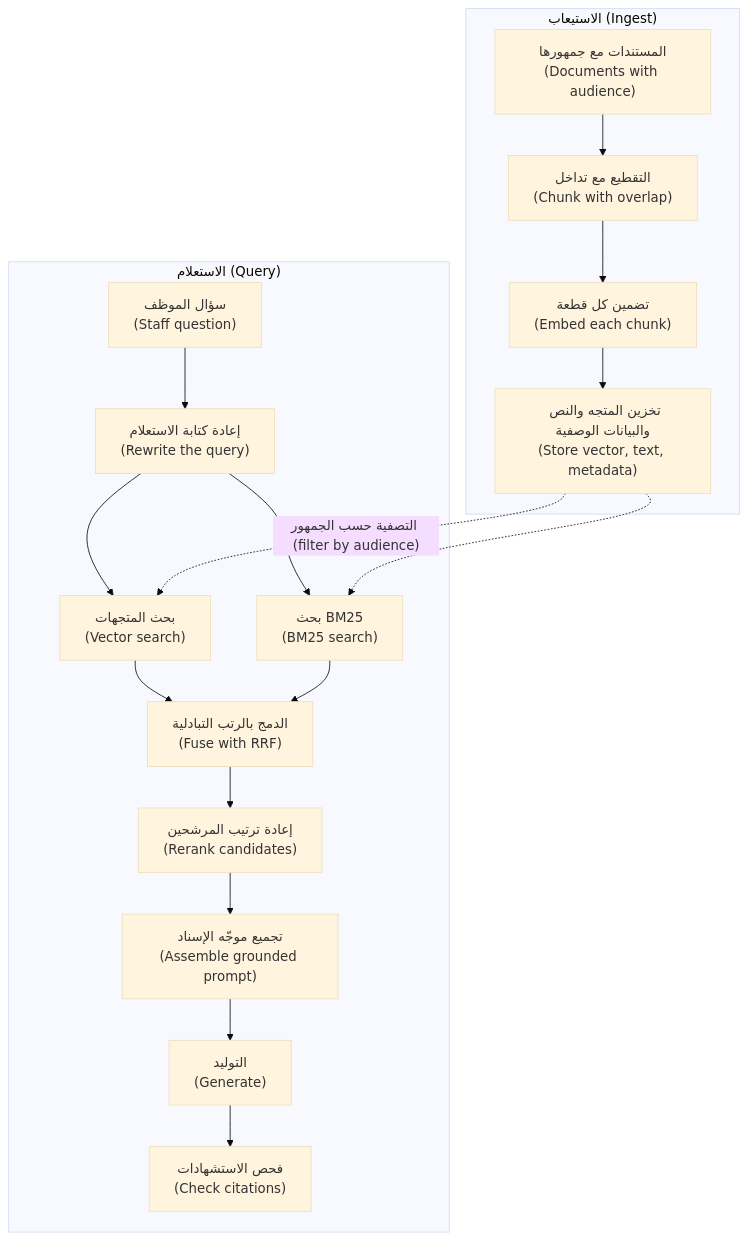
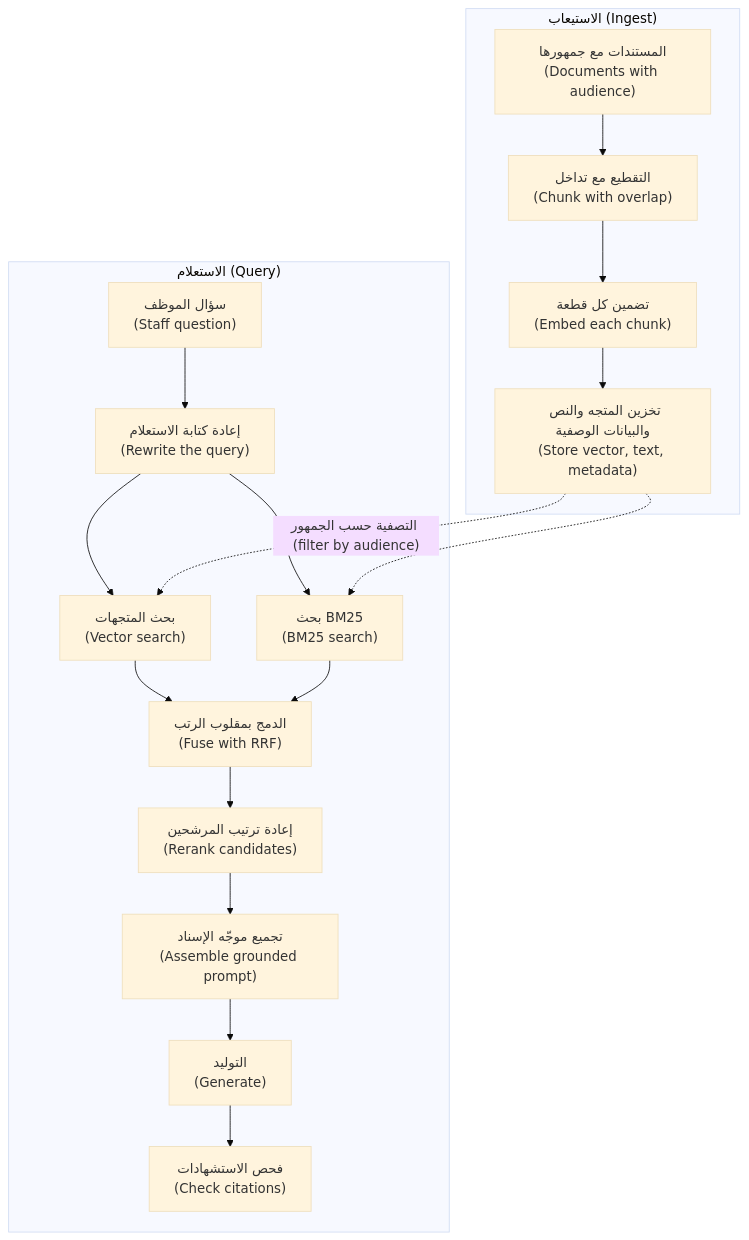
The diagram in aiapps/modules/04-rag.ar.md (Tamoura/system-design-for-vibe-coders), drawn with Mermaid (base theme) before and after one commit. The commit also changed other lines of this file and 551 other files, not shown here.

````diff
--- a/aiapps/modules/04-rag.ar.md
+++ b/aiapps/modules/04-rag.ar.md
@@ -45,21 +45,21 @@
 ```mermaid
 flowchart TD
     subgraph ING["الاستيعاب (Ingest)"]
         A["المستندات مع جمهورها<br/>(Documents with audience)"] --> B["التقطيع مع تداخل<br/>(Chunk with overlap)"]
         B --> C["تضمين كل قطعة<br/>(Embed each chunk)"]
         C --> D["تخزين المتجه والنص والبيانات الوصفية<br/>(Store vector, text, metadata)"]
     end
     subgraph QRY["الاستعلام (Query)"]
         Q["سؤال الموظف<br/>(Staff question)"] --> W["إعادة كتابة الاستعلام<br/>(Rewrite the query)"]
         W --> R1["بحث المتجهات<br/>(Vector search)"]
         W --> R2["بحث BM25<br/>(BM25 search)"]
-        R1 --> F["الدمج بالرتب التبادلية<br/>(Fuse with RRF)"]
+        R1 --> F["الدمج بمقلوب الرتب<br/>(Fuse with RRF)"]
         R2 --> F
         F --> K["إعادة ترتيب المرشحين<br/>(Rerank candidates)"]
         K --> P["تجميع موجّه الإسناد<br/>(Assemble grounded prompt)"]
         P --> G["التوليد<br/>(Generate)"]
         G --> X["فحص الاستشهادات<br/>(Check citations)"]
     end
     D -. "التصفية حسب الجمهور (filter by audience)" .-> R1
     D -.-> R2
 ```
````
